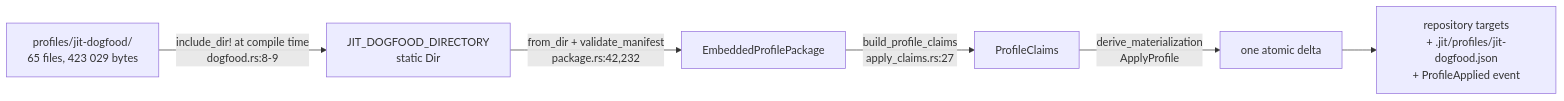
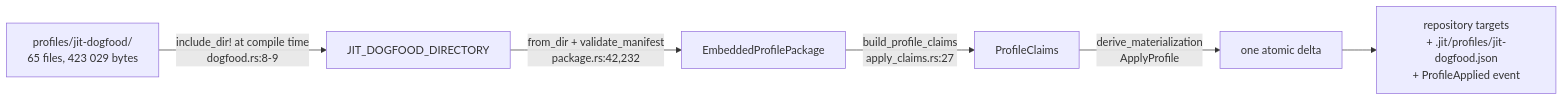
The first of 2 diagrams in dev/active/a62d444d/findings.md (erankavija/just-in-time), drawn with Mermaid before and after one commit. The commit also changed other lines of this file, not shown here.

First line of the commit message:
docs(jit:a62d444d): rewrite findings for the ruled extraction direction

````diff
--- a/dev/active/a62d444d/findings.md
+++ b/dev/active/a62d444d/findings.md
@@ -87,8 +64,8 @@
 ```mermaid
 flowchart LR
-    A["profiles/jit-dogfood/<br/>65 files, 423 029 bytes"] -->|"include_dir! at compile time<br/>dogfood.rs:8-9"| B["JIT_DOGFOOD_DIRECTORY<br/>static Dir"]
+    A["profiles/jit-dogfood/<br/>65 files, 423 029 bytes"] -->|"include_dir! at compile time<br/>dogfood.rs:8-9"| B["JIT_DOGFOOD_DIRECTORY"]
     B -->|"from_dir + validate_manifest<br/>package.rs:42,232"| C["EmbeddedProfilePackage"]
     C -->|"build_profile_claims<br/>apply_claims.rs:27"| D["ProfileClaims"]
     D -->|"derive_materialization<br/>ApplyProfile"| E["one atomic delta"]
     E --> F["repository targets<br/>+ .jit/profiles/jit-dogfood.json<br/>+ ProfileApplied event"]
 ```
````
